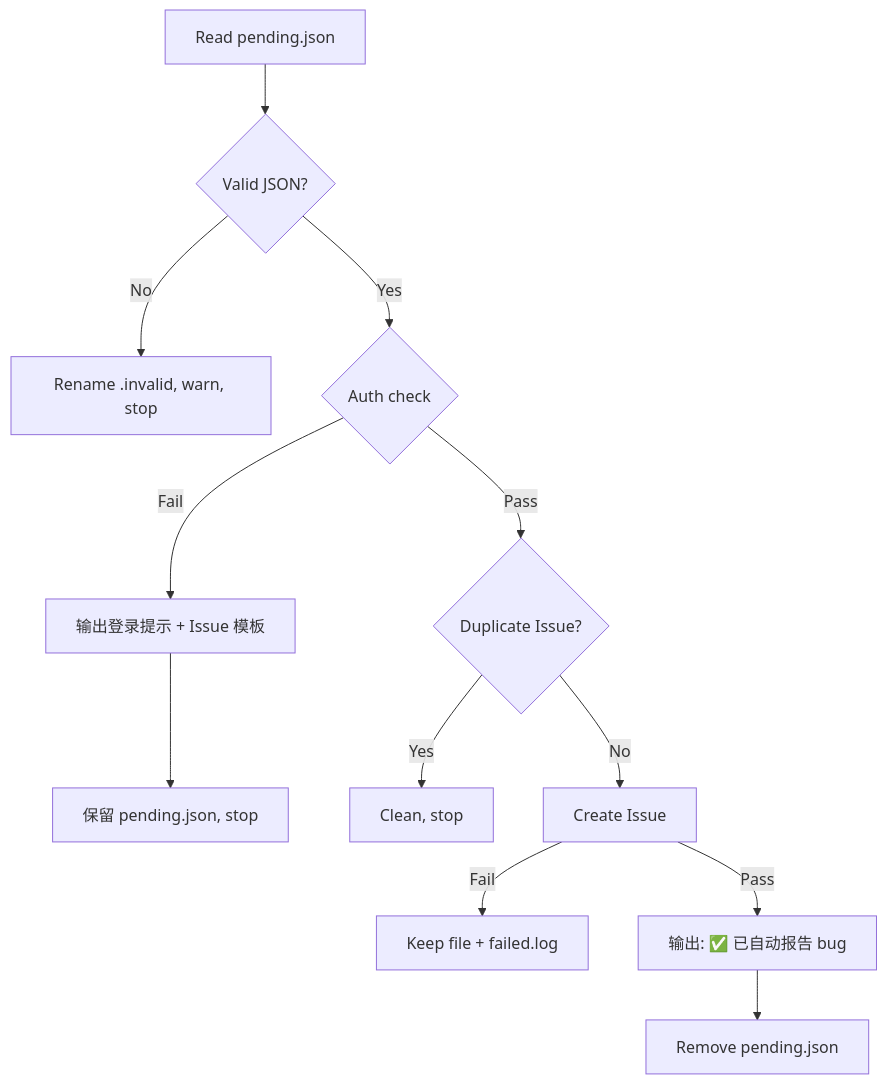
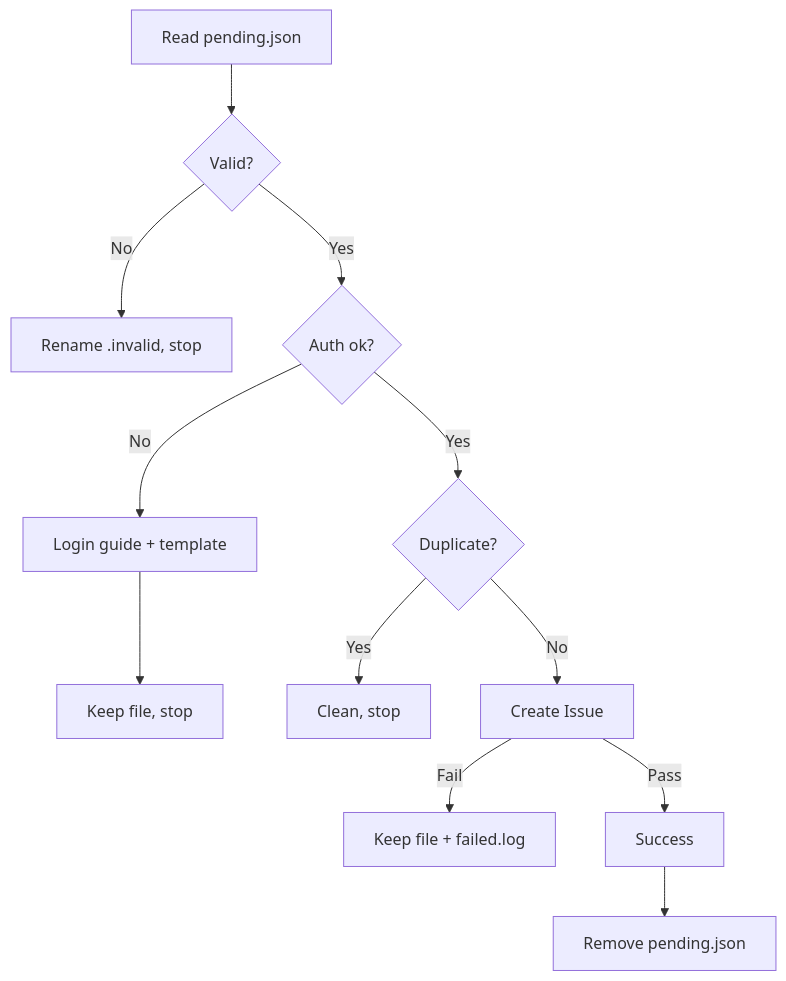
Before and after one commit to byx-darwin/gitflow-cli: the diagram in skills/gf-autoreport-bug/SKILL.md, drawn with Mermaid. The commit also changed other lines of this file and 1 other file, not shown here.

````diff
--- a/skills/gf-autoreport-bug/SKILL.md
+++ b/skills/gf-autoreport-bug/SKILL.md
@@ -30,14 +40,14 @@
 ```mermaid
 flowchart TD
-    A[Read pending.json] --> B{Valid JSON?}
-    B -->|No| C[Rename .invalid, warn, stop]
-    B -->|Yes| D{Auth check}
-    D -->|Pass| G{Duplicate Issue?}
-    D -->|Fail| NEW[输出登录提示 + Issue 模板]
-    NEW --> KEEP[保留 pending.json, stop]
+    A[Read pending.json] --> B{Valid?}
+    B -->|No| C[Rename .invalid, stop]
+    B -->|Yes| D{Auth ok?}
+    D -->|No| NEW[Login guide + template]
+    NEW --> KEEP[Keep file, stop]
+    D -->|Yes| G{Duplicate?}
     G -->|Yes| I[Clean, stop]
     G -->|No| J[Create Issue]
     J -->|Fail| F[Keep file + failed.log]
-    J -->|Pass| M[输出: ✅ 已自动报告 bug]
+    J -->|Pass| M[Success]
     M --> K[Remove pending.json]
 ```
````
